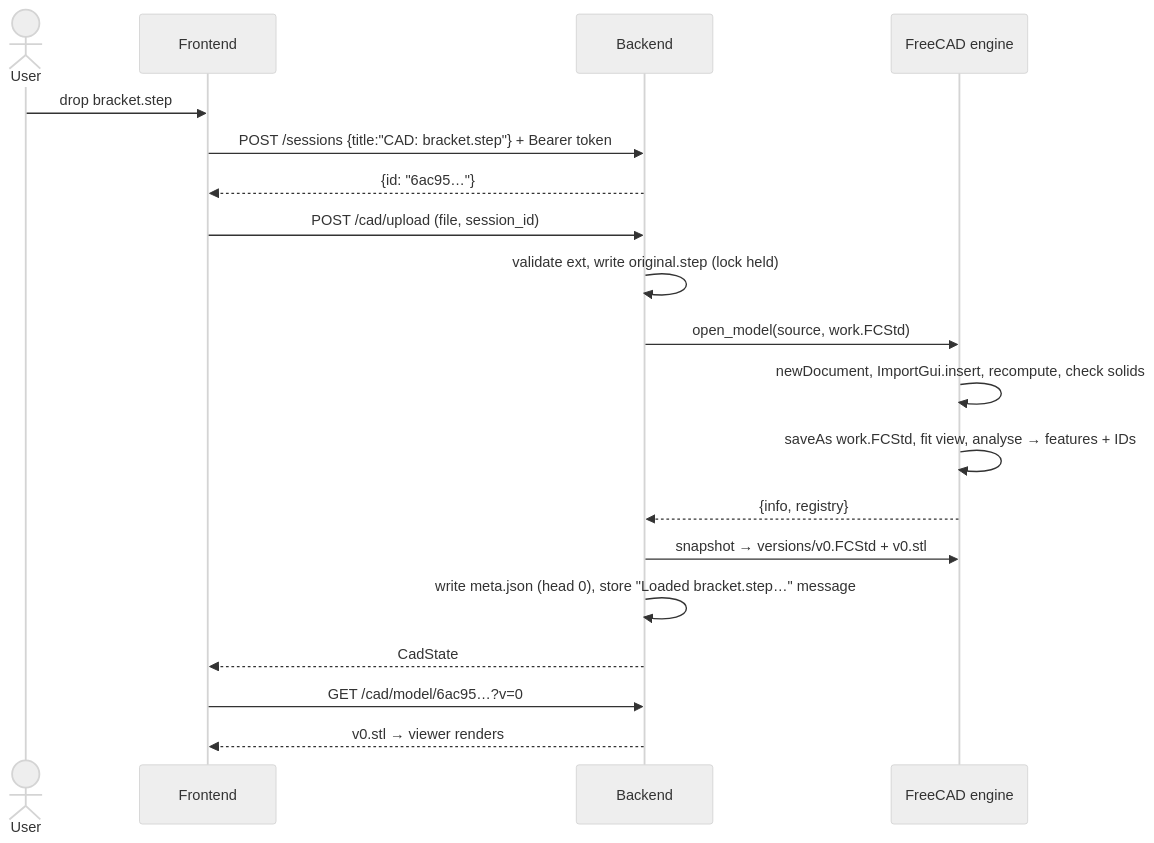
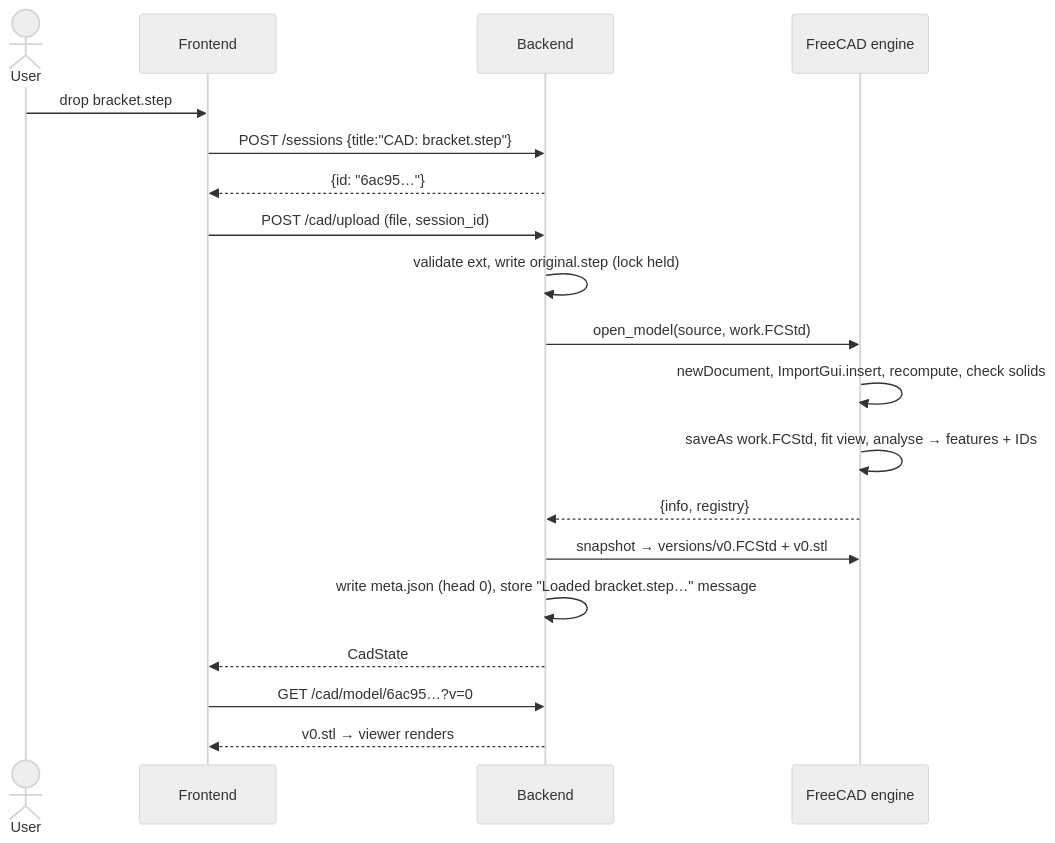
The sixth of 6 diagrams in docs/ARCHITECTURE.md (V1NAY-10/Major_Project), drawn with Mermaid (neutral theme) before and after one commit. The commit also changed other lines of this file and 43 other files, not shown here.

````diff
--- a/docs/ARCHITECTURE.md
+++ b/docs/ARCHITECTURE.md
@@ -1047,21 +1121,21 @@
 ```mermaid
 sequenceDiagram
     actor U as User
     participant FE as Frontend
     participant BE as Backend
     participant FC as FreeCAD engine
     U->>FE: drop bracket.step
-    FE->>BE: POST /sessions {title:"CAD: bracket.step"} + Bearer token
+    FE->>BE: POST /sessions {title:"CAD: bracket.step"}
     BE-->>FE: {id: "6ac95…"}
     FE->>BE: POST /cad/upload (file, session_id)
     BE->>BE: validate ext, write original.step (lock held)
     BE->>FC: open_model(source, work.FCStd)
     FC->>FC: newDocument, ImportGui.insert, recompute, check solids
     FC->>FC: saveAs work.FCStd, fit view, analyse → features + IDs
     FC-->>BE: {info, registry}
     BE->>FC: snapshot → versions/v0.FCStd + v0.stl
     BE->>BE: write meta.json (head 0), store "Loaded bracket.step…" message
     BE-->>FE: CadState
     FE->>BE: GET /cad/model/6ac95…?v=0
     BE-->>FE: v0.stl → viewer renders
 ```
````
